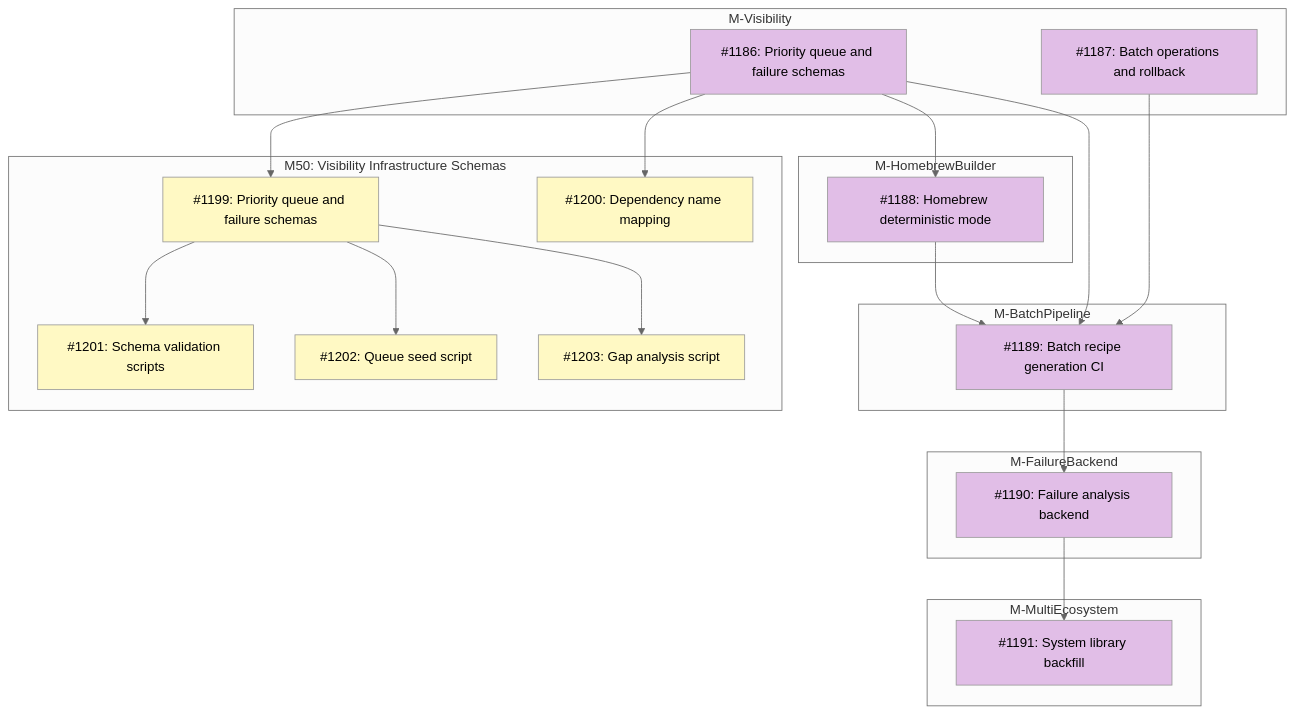
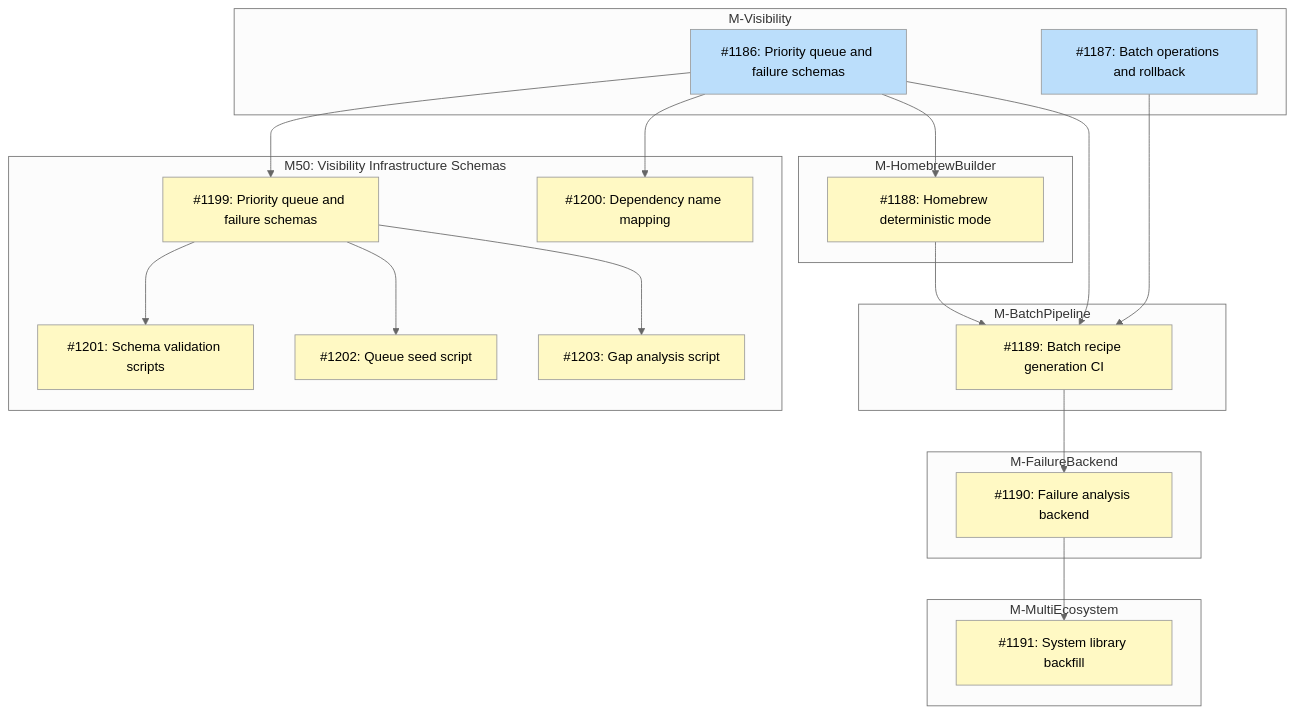
The diagram in docs/designs/DESIGN-registry-scale-strategy.md (tsukumogami/tsuku), drawn with Mermaid (neutral theme) before and after one commit.

Commit message:
fix(docs): correct diagram class assignments in registry scale strategy

````diff
--- a/docs/designs/DESIGN-registry-scale-strategy.md
+++ b/docs/designs/DESIGN-registry-scale-strategy.md
@@ -59,53 +59,53 @@
 ```mermaid
 graph TD
     subgraph M_Visibility["M-Visibility"]
         I1186["#1186: Priority queue and failure schemas"]
         I1187["#1187: Batch operations and rollback"]
     end
 
     subgraph M50["M50: Visibility Infrastructure Schemas"]
         I1199["#1199: Priority queue and failure schemas"]
         I1200["#1200: Dependency name mapping"]
         I1201["#1201: Schema validation scripts"]
         I1202["#1202: Queue seed script"]
         I1203["#1203: Gap analysis script"]
     end
 
     subgraph M_HomebrewBuilder["M-HomebrewBuilder"]
         I1188["#1188: Homebrew deterministic mode"]
     end
 
     subgraph M_BatchPipeline["M-BatchPipeline"]
         I1189["#1189: Batch recipe generation CI"]
     end
 
     subgraph M_FailureBackend["M-FailureBackend"]
         I1190["#1190: Failure analysis backend"]
     end
 
     subgraph M_MultiEcosystem["M-MultiEcosystem"]
         I1191["#1191: System library backfill"]
     end
 
     I1186 --> I1199
     I1186 --> I1200
     I1199 --> I1201
     I1199 --> I1202
     I1199 --> I1203
     I1186 --> I1188
     I1186 --> I1189
     I1187 --> I1189
     I1188 --> I1189
     I1189 --> I1190
     I1190 --> I1191
 
     classDef done fill:#c8e6c9
     classDef ready fill:#bbdefb
     classDef blocked fill:#fff9c4
     classDef needsDesign fill:#e1bee7
 
-    class I1186,I1187 needsDesign
+    class I1186,I1187 ready
     class I1199,I1200 blocked
     class I1201,I1202,I1203 blocked
-    class I1188,I1189,I1190,I1191 needsDesign
+    class I1188,I1189,I1190,I1191 blocked
 ```
````
